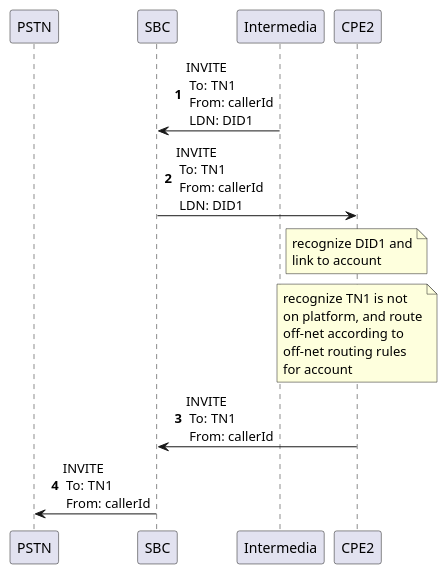
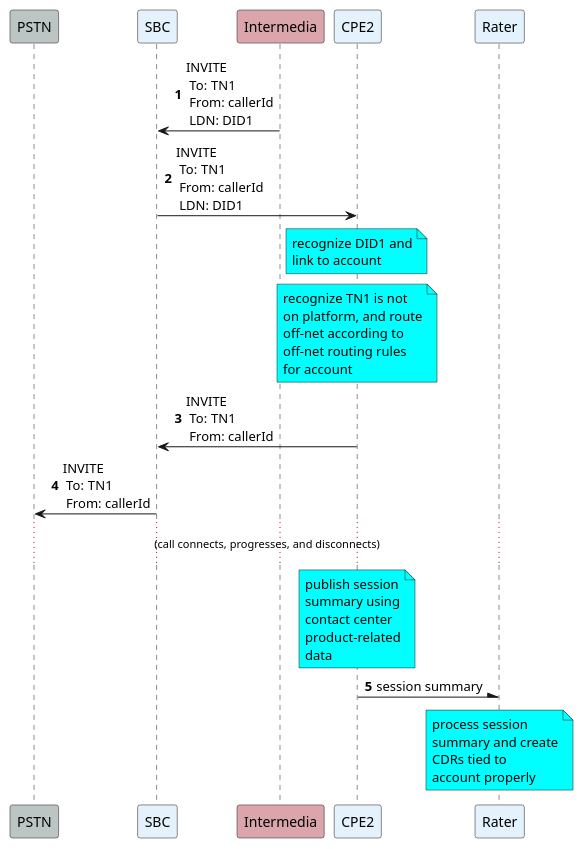
The diagram in contact-center/inbound-call-from-contact-center-to-offnet.puml (aibeira/mrw-plant-uml), drawn with PlantUML before and after one commit. The commit also changed 3 other files, not shown here.

Commit message:
refine contact-center flows

```diff
--- a/contact-center/inbound-call-from-contact-center-to-offnet.puml
+++ b/contact-center/inbound-call-from-contact-center-to-offnet.puml
@@ -1,27 +1,43 @@
 @startuml
 'https://plantuml.com/sequence-diagram
 
 autonumber
 
-participant "PSTN" as pstn
-participant "SBC" as sbc
-participant Intermedia as im
-participant CPE2 as cpe2
+participant "PSTN" as pstn #BBC6C4
+participant "SBC" as sbc #E3F2FD
+participant Intermedia as im #DAA6AB
+participant CPE2 as cpe2 #E3F2FD
+participant Rater as rtr #E3F2FD
 
 im -> sbc: INVITE\n To: TN1\n From: callerId\n LDN: DID1
 sbc -> cpe2: INVITE\n To: TN1\n From: callerId\n LDN: DID1
-note over cpe2
+note over cpe2 #cyan
     recognize DID1 and
     link to account
 end note
-note over cpe2
+note over cpe2 #cyan
     recognize TN1 is not
     on platform, and route
     off-net according to
     off-net routing rules
     for account
 end note
 cpe2 -> sbc: INVITE\n To: TN1\n From: callerId
 sbc -> pstn: INVITE\n To: TN1\n From: callerId
+... (call connects, progresses, and disconnects) ...
+note over cpe2 #cyan
+    publish session
+    summary using
+    contact center
+    product-related
+    data
+end note
+cpe2 -\ rtr: session summary
+note over rtr #cyan
+    process session
+    summary and create
+    CDRs tied to
+    account properly
+end note
 
 @enduml
```
